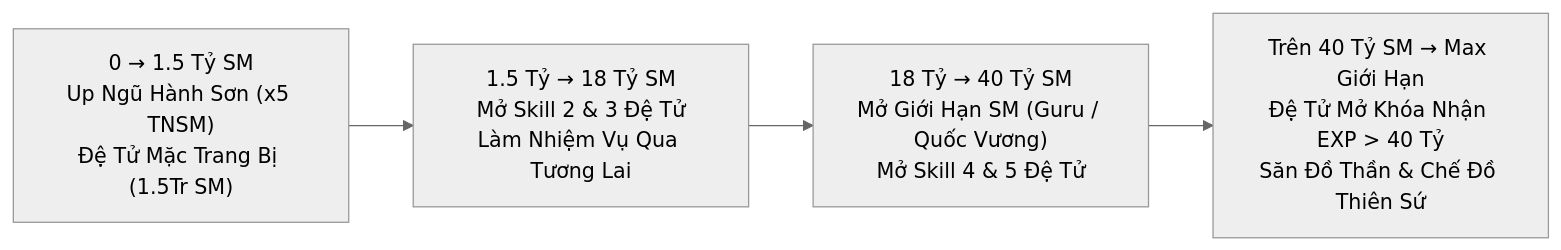
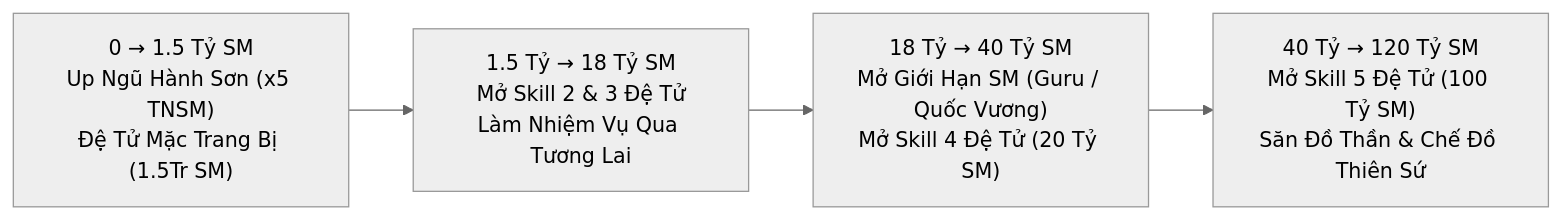
One commit to VIAM-Ngoc-rong/NRO changed the second of 2 diagrams in README.md. Above: the diagram before and after it, drawn with Mermaid (neutral theme). The commit also changed other lines of this file and 29 other files, not shown here.

````diff
--- a/README.md
+++ b/README.md
@@ -251,6 +251,6 @@
 ```mermaid
 flowchart LR
     M1["0 → 1.5 Tỷ SM\nUp Ngũ Hành Sơn (x5 TNSM)\nĐệ Tử Mặc Trang Bị (1.5Tr SM)"] --> M2["1.5 Tỷ → 18 Tỷ SM\nMở Skill 2 & 3 Đệ Tử\nLàm Nhiệm Vụ Qua Tương Lai"]
-    M2 --> M3["18 Tỷ → 40 Tỷ SM\nMở Giới Hạn SM (Guru / Quốc Vương)\nMở Skill 4 & 5 Đệ Tử"]
-    M3 --> M4["Trên 40 Tỷ SM → Max Giới Hạn\nĐệ Tử Mở Khóa Nhận EXP > 40 Tỷ\nSăn Đồ Thần & Chế Đồ Thiên Sứ"]
+    M2 --> M3["18 Tỷ → 40 Tỷ SM\nMở Giới Hạn SM (Guru / Quốc Vương)\nMở Skill 4 Đệ Tử (20 Tỷ SM)"]
+    M3 --> M4["40 Tỷ → 120 Tỷ SM\nMở Skill 5 Đệ Tử (100 Tỷ SM)\nSăn Đồ Thần & Chế Đồ Thiên Sứ"]
 ```
````
